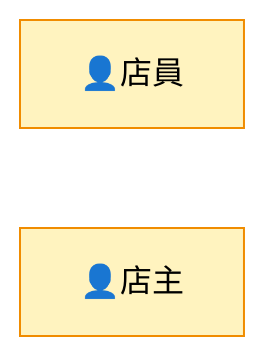
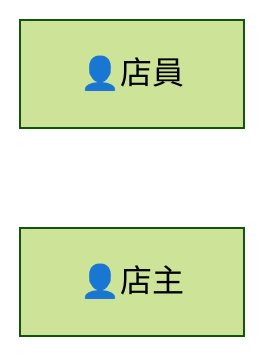
Before and after one commit to specdojo/specdojo: the second of 8 diagrams in docs/ja/specdojo/rulebooks/cnd-mermaid-rulebook.md, drawn with Mermaid (forest theme). The commit also changed other lines of this file and 7 other files, not shown here.

````diff
--- a/docs/ja/specdojo/rulebooks/cnd-mermaid-rulebook.md
+++ b/docs/ja/specdojo/rulebooks/cnd-mermaid-rulebook.md
@@ -94,8 +76,5 @@
 ```mermaid
 flowchart LR
   店員["👤店員"]
   店主["👤店主"]
-
-  classDef person fill:#fff3bf,stroke:#f08c00,color:#000;
-  class 店員,店主 person;
 ```
````
